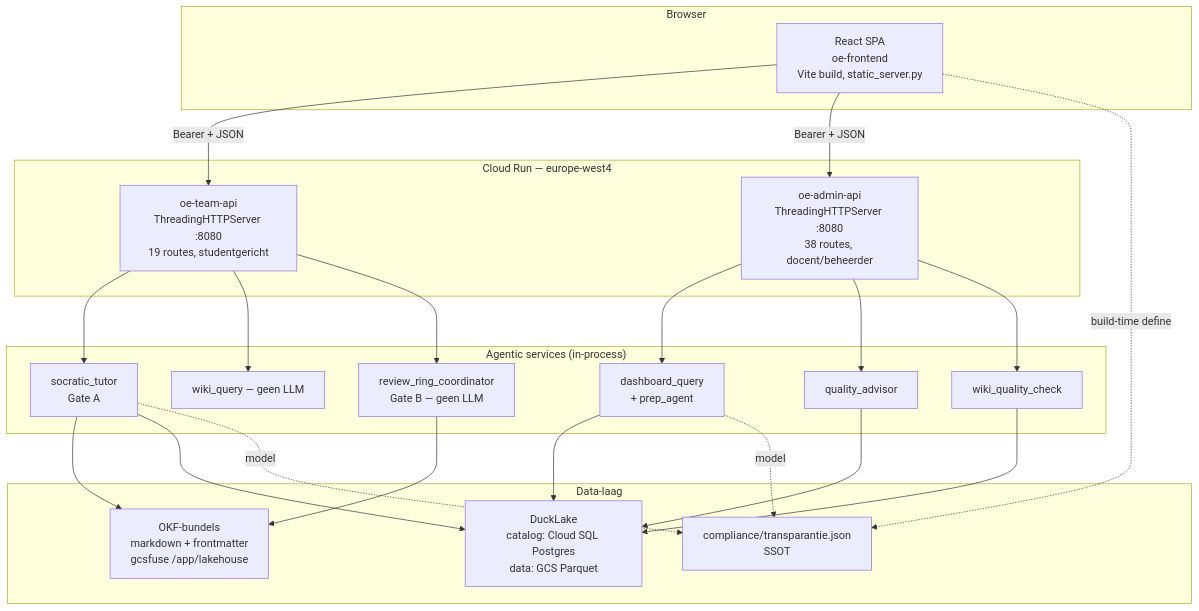
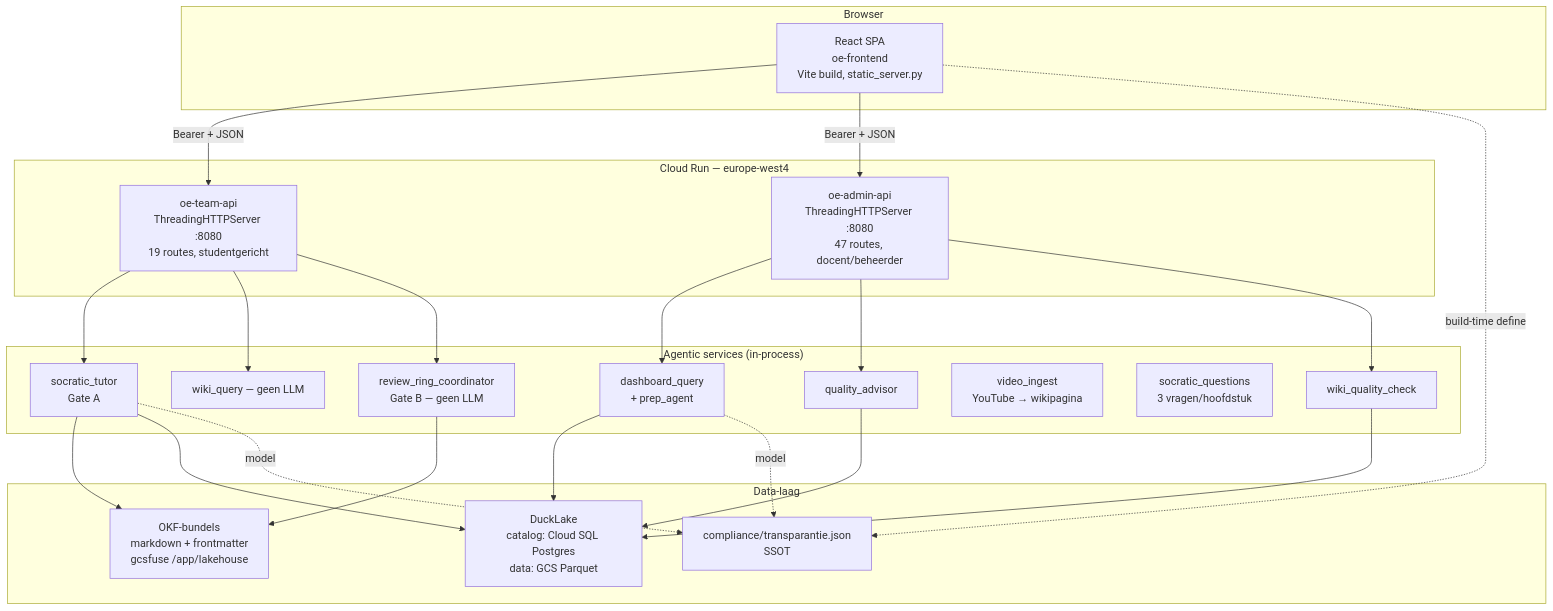
One commit to businessdatasolutions/operational-excellence-course changed the second of 5 diagrams in Project_Architecture_Blueprint.md. Above: the diagram before and after it, drawn with Mermaid. The commit also changed other lines of this file and 1 other file, not shown here.

````diff
--- a/Project_Architecture_Blueprint.md
+++ b/Project_Architecture_Blueprint.md
@@ -93,44 +93,46 @@
 ```mermaid
 graph TB
     subgraph browser["Browser"]
         spa["React SPA<br/>oe-frontend<br/>Vite build, static_server.py"]
     end
 
     subgraph run["Cloud Run — europe-west4"]
         team["oe-team-api<br/>ThreadingHTTPServer :8080<br/>19 routes, studentgericht"]
-        admin["oe-admin-api<br/>ThreadingHTTPServer :8080<br/>38 routes, docent/beheerder"]
+        admin["oe-admin-api<br/>ThreadingHTTPServer :8080<br/>47 routes, docent/beheerder"]
     end
 
     subgraph agents["Agentic services (in-process)"]
         tutor["socratic_tutor<br/>Gate A"]
         ring["review_ring_coordinator<br/>Gate B — geen LLM"]
         dash["dashboard_query<br/>+ prep_agent"]
         wqc["wiki_quality_check"]
         qa["quality_advisor"]
+        vi["video_ingest<br/>YouTube → wikipagina"]
+        sq["socratic_questions<br/>3 vragen/hoofdstuk"]
         wq["wiki_query — geen LLM"]
     end
 
     subgraph data["Data-laag"]
         okf["OKF-bundels<br/>markdown + frontmatter<br/>gcsfuse /app/lakehouse"]
         dl["DuckLake<br/>catalog: Cloud SQL Postgres<br/>data: GCS Parquet"]
         ssot["compliance/transparantie.json<br/>SSOT"]
     end
 
     spa -->|Bearer + JSON| team
     spa -->|Bearer + JSON| admin
     team --> tutor
     team --> wq
     team --> ring
     admin --> dash
     admin --> qa
     admin --> wqc
     tutor --> okf
     tutor --> dl
     ring --> okf
     dash --> dl
     wqc --> dl
     qa --> dl
     tutor -.model.-> ssot
     dash -.model.-> ssot
     spa -.build-time define.-> ssot
 ```
````
